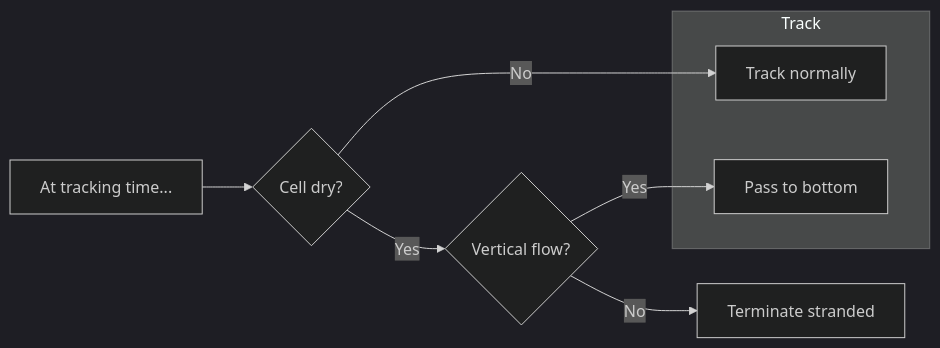
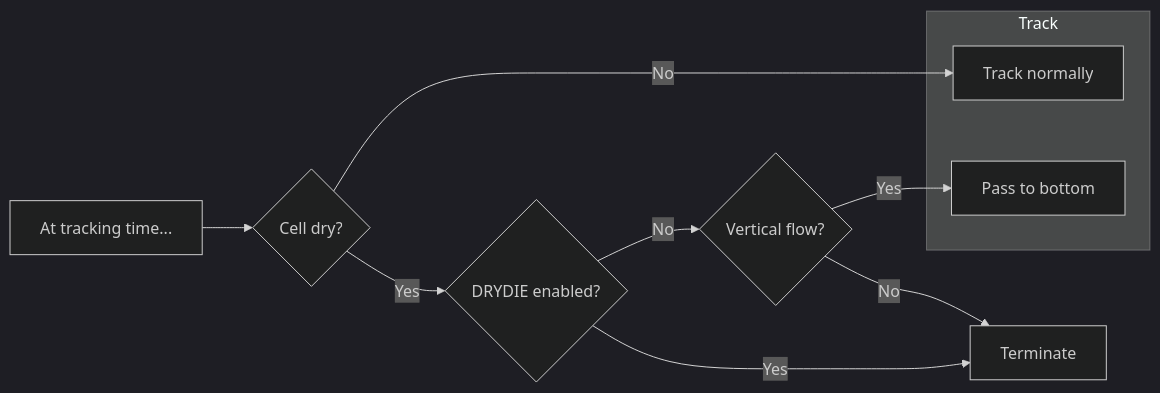
One commit to MODFLOW-USGS/modflow6 changed the second of 2 diagrams in src/Solution/ParticleTracker/vertical.md. Above: the diagram before and after it, drawn with Mermaid (dark theme). The commit also changed other lines of this file and 14 other files, not shown here.

````diff
--- a/src/Solution/ParticleTracker/vertical.md
+++ b/src/Solution/ParticleTracker/vertical.md
@@ -41,12 +41,14 @@
 ```mermaid
 flowchart LR
     START[At tracking time...] --> DRY{Cell dry?}
     DRY --> |No| TRACK[Track normally]
-    DRY --> |Yes| VERT{Vertical flow?}
+    DRY --> |Yes| DRYDIE{DRYDIE enabled?}
+    DRYDIE --> |No| VERT{Vertical flow?}
+    DRYDIE --> |Yes| TERMINATE
     VERT --> |Yes| PASS_TO_BOTTOM[Pass to bottom]
-    VERT --> |No| TERMINATE[Terminate stranded]
+    VERT --> |No| TERMINATE[Terminate]
     subgraph Track
     PASS_TO_BOTTOM
     TRACK
     end
 ```
````
